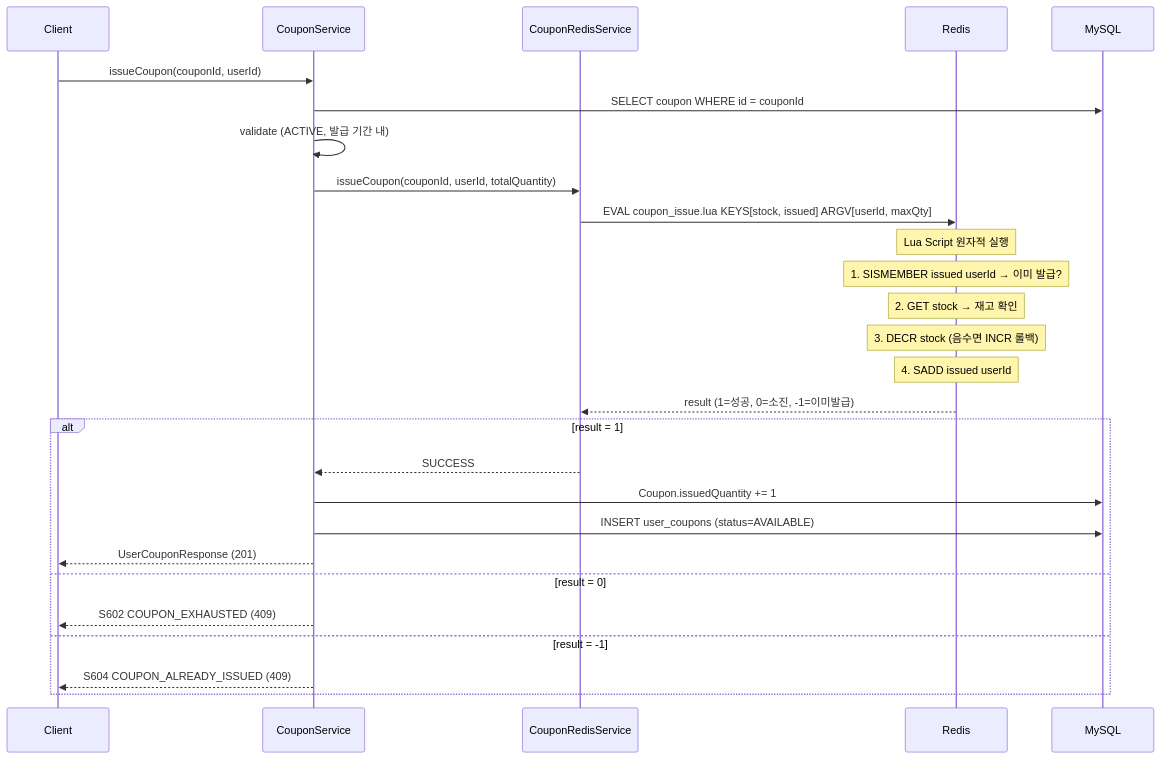
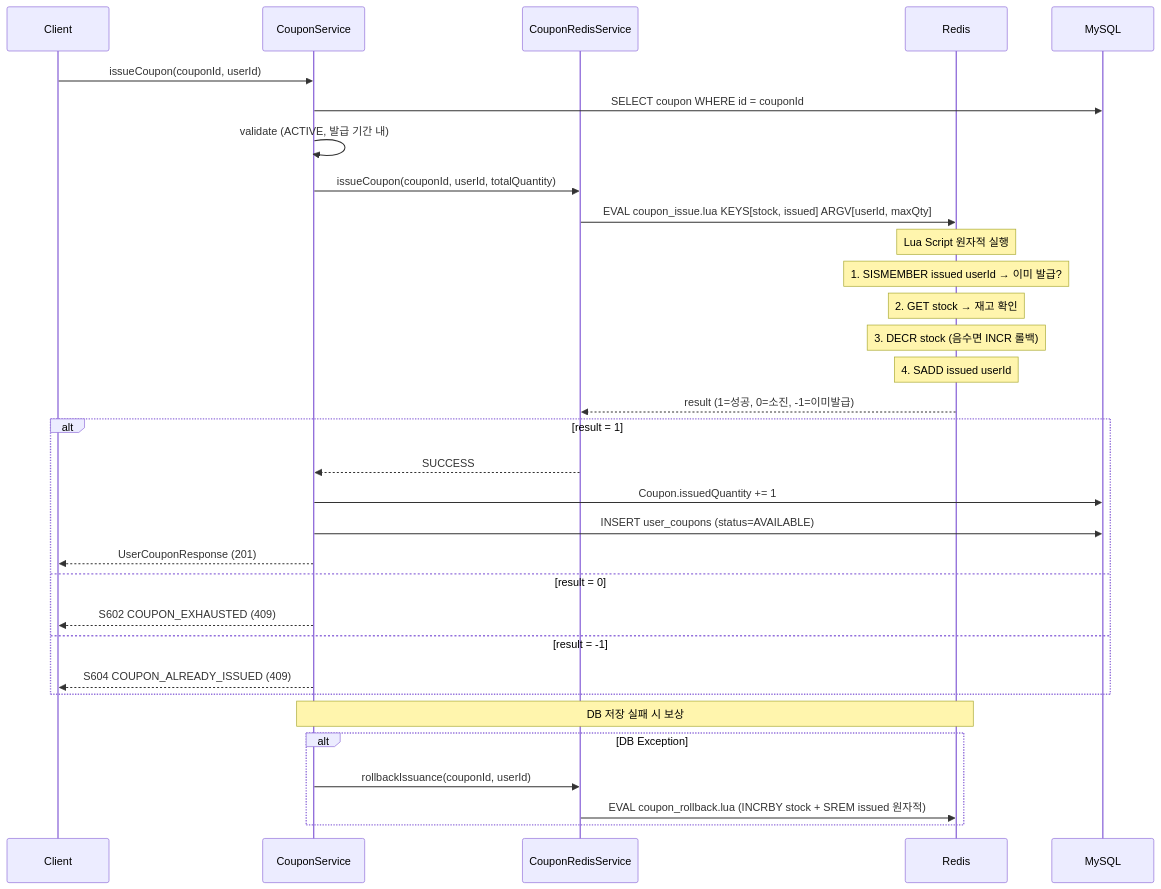
One commit to L-a-z-e/portal-universe changed the second of 2 diagrams in docs/architecture/shopping-service/coupon-system.md. Above: the diagram before and after it, drawn with Mermaid. The commit also changed other lines of this file and 32 other files, not shown here.

First line of the commit message:
feat(multi): add Redis Lua atomicity, coupon consistency, queue-coupon integration

````diff
--- a/docs/architecture/shopping-service/coupon-system.md
+++ b/docs/architecture/shopping-service/coupon-system.md
@@ -134,34 +136,40 @@
 ```mermaid
 sequenceDiagram
     participant C as Client
     participant CS as CouponService
     participant RD as CouponRedisService
     participant Redis as Redis
     participant DB as MySQL
 
     C->>CS: issueCoupon(couponId, userId)
     CS->>DB: SELECT coupon WHERE id = couponId
     CS->>CS: validate (ACTIVE, 발급 기간 내)
 
     CS->>RD: issueCoupon(couponId, userId, totalQuantity)
     RD->>Redis: EVAL coupon_issue.lua KEYS[stock, issued] ARGV[userId, maxQty]
 
     Note over Redis: Lua Script 원자적 실행
     Note over Redis: 1. SISMEMBER issued userId → 이미 발급?
     Note over Redis: 2. GET stock → 재고 확인
     Note over Redis: 3. DECR stock (음수면 INCR 롤백)
     Note over Redis: 4. SADD issued userId
 
     Redis-->>RD: result (1=성공, 0=소진, -1=이미발급)
 
     alt result = 1
         RD-->>CS: SUCCESS
         CS->>DB: Coupon.issuedQuantity += 1
         CS->>DB: INSERT user_coupons (status=AVAILABLE)
         CS-->>C: UserCouponResponse (201)
     else result = 0
         CS-->>C: S602 COUPON_EXHAUSTED (409)
     else result = -1
         CS-->>C: S604 COUPON_ALREADY_ISSUED (409)
     end
+
+    Note over CS,Redis: DB 저장 실패 시 보상
+    alt DB Exception
+        CS->>RD: rollbackIssuance(couponId, userId)
+        RD->>Redis: EVAL coupon_rollback.lua (INCRBY stock + SREM issued 원자적)
+    end
 ```
````
